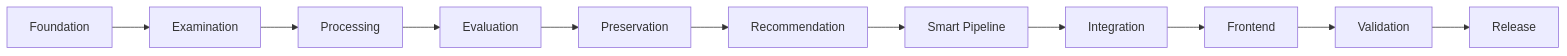
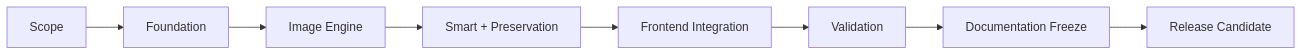
One commit to Alhareith/manuscript-doctor changed the first of 4 diagrams in docs/roadmap.md. Above: the diagram before and after it, drawn with Mermaid. The commit also changed other lines of this file and 168 other files, not shown here.

````diff
--- a/docs/roadmap.md
+++ b/docs/roadmap.md
@@ -13,13 +11,10 @@
 ```mermaid
 flowchart LR
-    A["Foundation"] --> B["Examination"]
-    B --> C["Processing"]
-    C --> D["Evaluation"]
-    D --> E["Preservation"]
-    E --> F["Recommendation"]
-    F --> G["Smart Pipeline"]
-    G --> H["Integration"]
-    H --> I["Frontend"]
-    I --> J["Validation"]
-    J --> K["Release"]
+    A["Scope"] --> B["Foundation"]
+    B --> C["Image Engine"]
+    C --> D["Smart + Preservation"]
+    D --> E["Frontend Integration"]
+    E --> F["Validation"]
+    F --> G["Documentation Freeze"]
+    G --> H["Release Candidate"]
 ```
````
